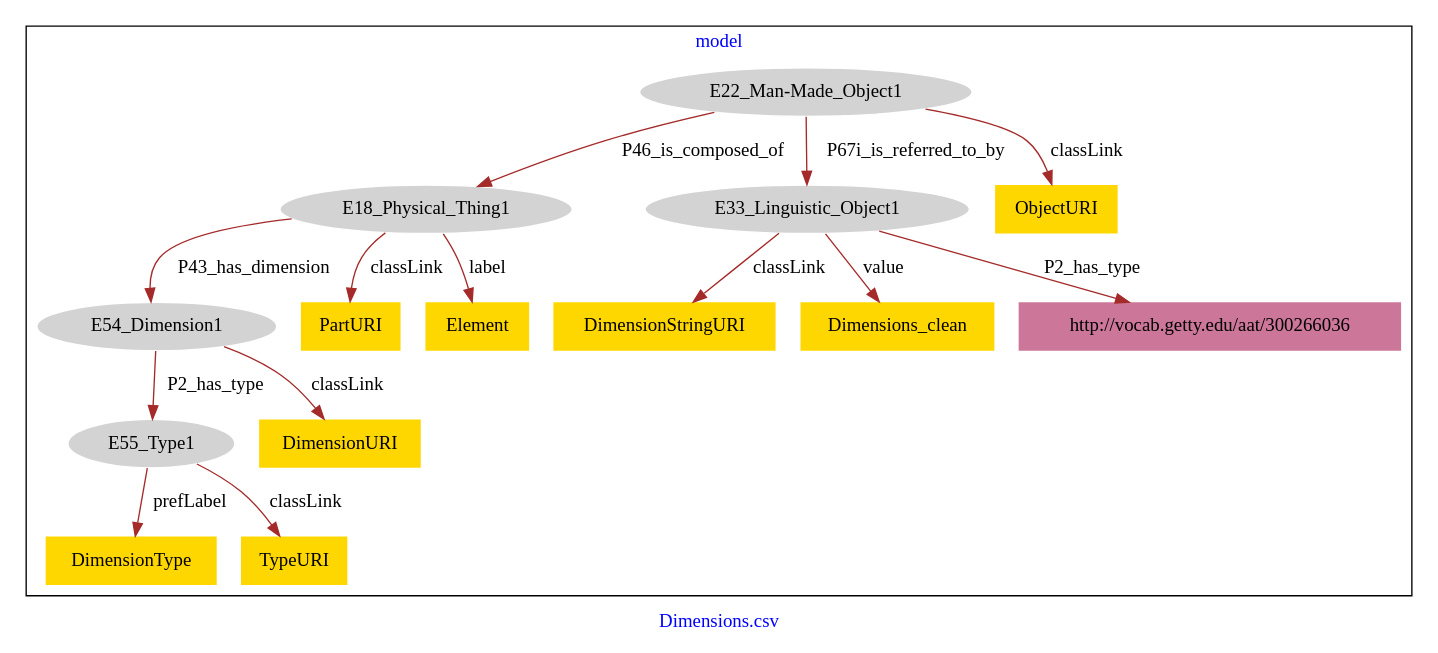
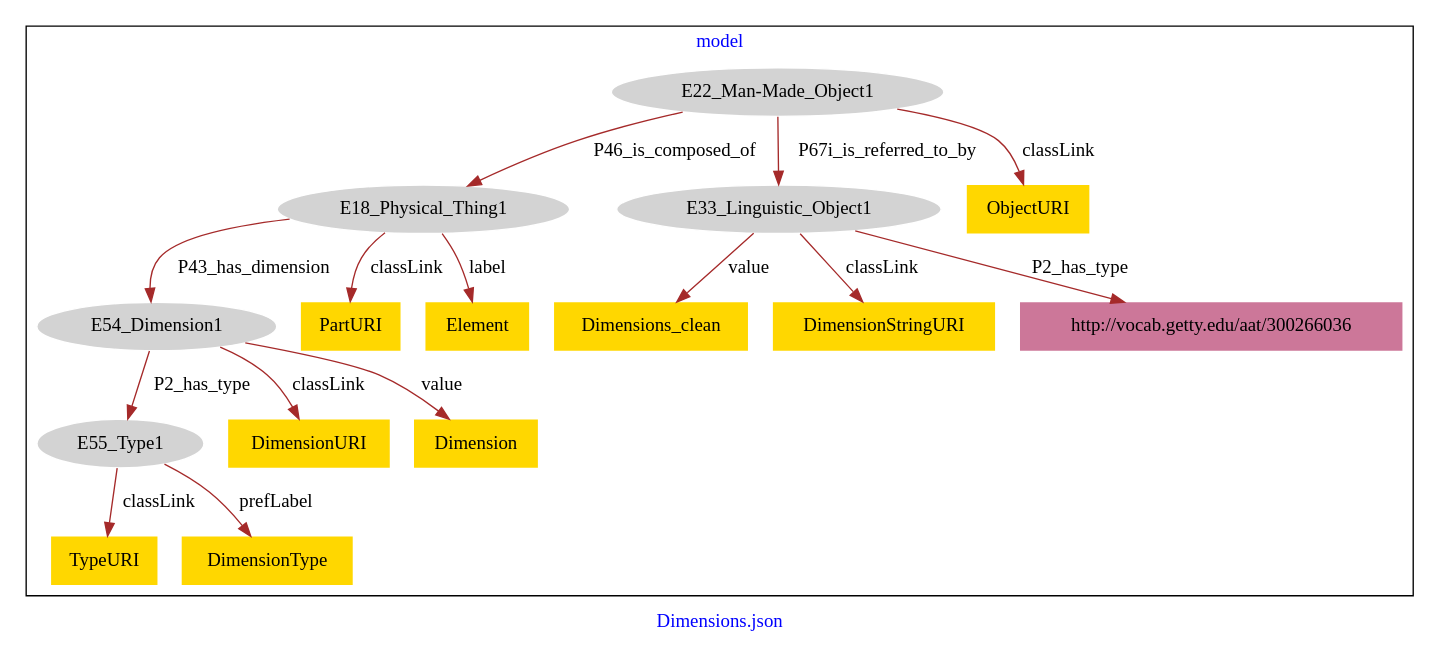
The diagram in Dimensions/Dimensions-model.dot (american-art/GM), drawn with Graphviz before and after one commit.

Commit message:
Update file Dimensions-model.dot

```diff
--- a/Dimensions/Dimensions-model.dot
+++ b/Dimensions/Dimensions-model.dot
@@ -1,35 +1,37 @@
 digraph n0 {
 fontcolor="blue"
 remincross="true"
-label="Dimensions.csv"
+label="Dimensions.json"
 subgraph cluster {
 label="model"
 n2[style="filled",color="white",fillcolor="lightgray",label="E18_Physical_Thing1"];
 n3[style="filled",color="white",fillcolor="lightgray",label="E54_Dimension1"];
 n4[style="filled",color="white",fillcolor="lightgray",label="E22_Man-Made_Object1"];
 n5[style="filled",color="white",fillcolor="lightgray",label="E33_Linguistic_Object1"];
 n6[style="filled",color="white",fillcolor="lightgray",label="E55_Type1"];
-n7[shape="plaintext",style="filled",fillcolor="gold",label="DimensionStringURI"];
-n8[shape="plaintext",style="filled",fillcolor="gold",label="Dimensions_clean"];
-n9[shape="plaintext",style="filled",fillcolor="gold",label="PartURI"];
+n7[shape="plaintext",style="filled",fillcolor="gold",label="PartURI"];
+n8[shape="plaintext",style="filled",fillcolor="gold",label="TypeURI"];
+n9[shape="plaintext",style="filled",fillcolor="gold",label="Element"];
 n10[shape="plaintext",style="filled",fillcolor="gold",label="ObjectURI"];
-n11[shape="plaintext",style="filled",fillcolor="gold",label="Element"];
-n12[shape="plaintext",style="filled",fillcolor="gold",label="DimensionType"];
-n13[shape="plaintext",style="filled",fillcolor="gold",label="DimensionURI"];
-n14[shape="plaintext",style="filled",fillcolor="gold",label="TypeURI"];
-n15[shape="plaintext",style="filled",fillcolor="#CC7799",label="http://vocab.getty.edu/aat/300266036"];
+n11[shape="plaintext",style="filled",fillcolor="gold",label="Dimensions_clean"];
+n12[shape="plaintext",style="filled",fillcolor="gold",label="DimensionURI"];
+n13[shape="plaintext",style="filled",fillcolor="gold",label="DimensionType"];
+n14[shape="plaintext",style="filled",fillcolor="gold",label="DimensionStringURI"];
+n15[shape="plaintext",style="filled",fillcolor="gold",label="Dimension"];
+n16[shape="plaintext",style="filled",fillcolor="#CC7799",label="http://vocab.getty.edu/aat/300266036"];
 }
 n2 -> n3[color="brown",fontcolor="black",label="P43_has_dimension"]
 n4 -> n2[color="brown",fontcolor="black",label="P46_is_composed_of"]
 n4 -> n5[color="brown",fontcolor="black",label="P67i_is_referred_to_by"]
 n3 -> n6[color="brown",fontcolor="black",label="P2_has_type"]
-n5 -> n7[color="brown",fontcolor="black",label="classLink"]
-n5 -> n8[color="brown",fontcolor="black",label="value"]
-n2 -> n9[color="brown",fontcolor="black",label="classLink"]
+n2 -> n7[color="brown",fontcolor="black",label="classLink"]
+n6 -> n8[color="brown",fontcolor="black",label="classLink"]
+n2 -> n9[color="brown",fontcolor="black",label="label"]
 n4 -> n10[color="brown",fontcolor="black",label="classLink"]
-n2 -> n11[color="brown",fontcolor="black",label="label"]
-n6 -> n12[color="brown",fontcolor="black",label="prefLabel"]
-n3 -> n13[color="brown",fontcolor="black",label="classLink"]
-n6 -> n14[color="brown",fontcolor="black",label="classLink"]
-n5 -> n15[color="brown",fontcolor="black",label="P2_has_type"]
+n5 -> n11[color="brown",fontcolor="black",label="value"]
+n3 -> n12[color="brown",fontcolor="black",label="classLink"]
+n6 -> n13[color="brown",fontcolor="black",label="prefLabel"]
+n5 -> n14[color="brown",fontcolor="black",label="classLink"]
+n3 -> n15[color="brown",fontcolor="black",label="value"]
+n5 -> n16[color="brown",fontcolor="black",label="P2_has_type"]
 }
```
